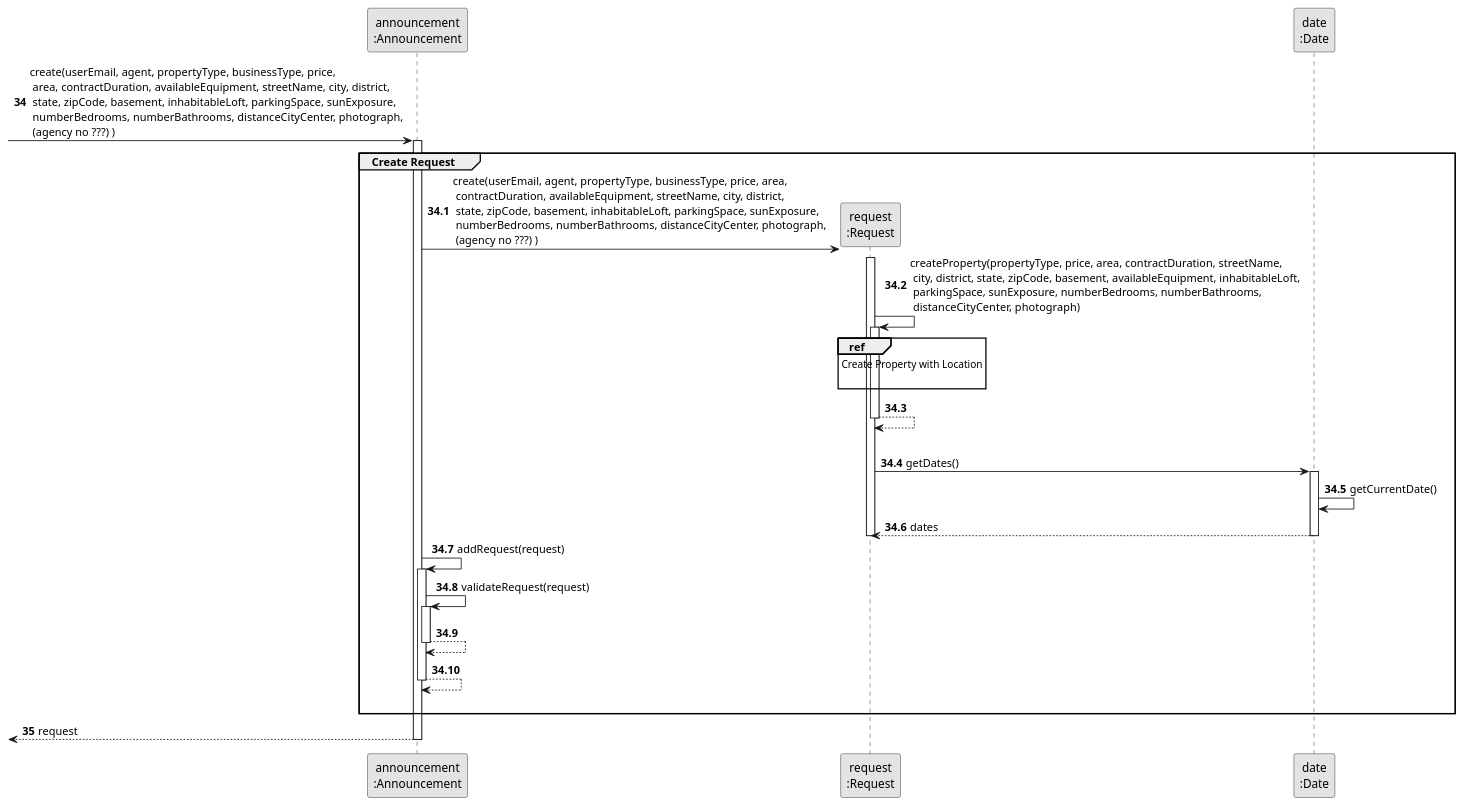
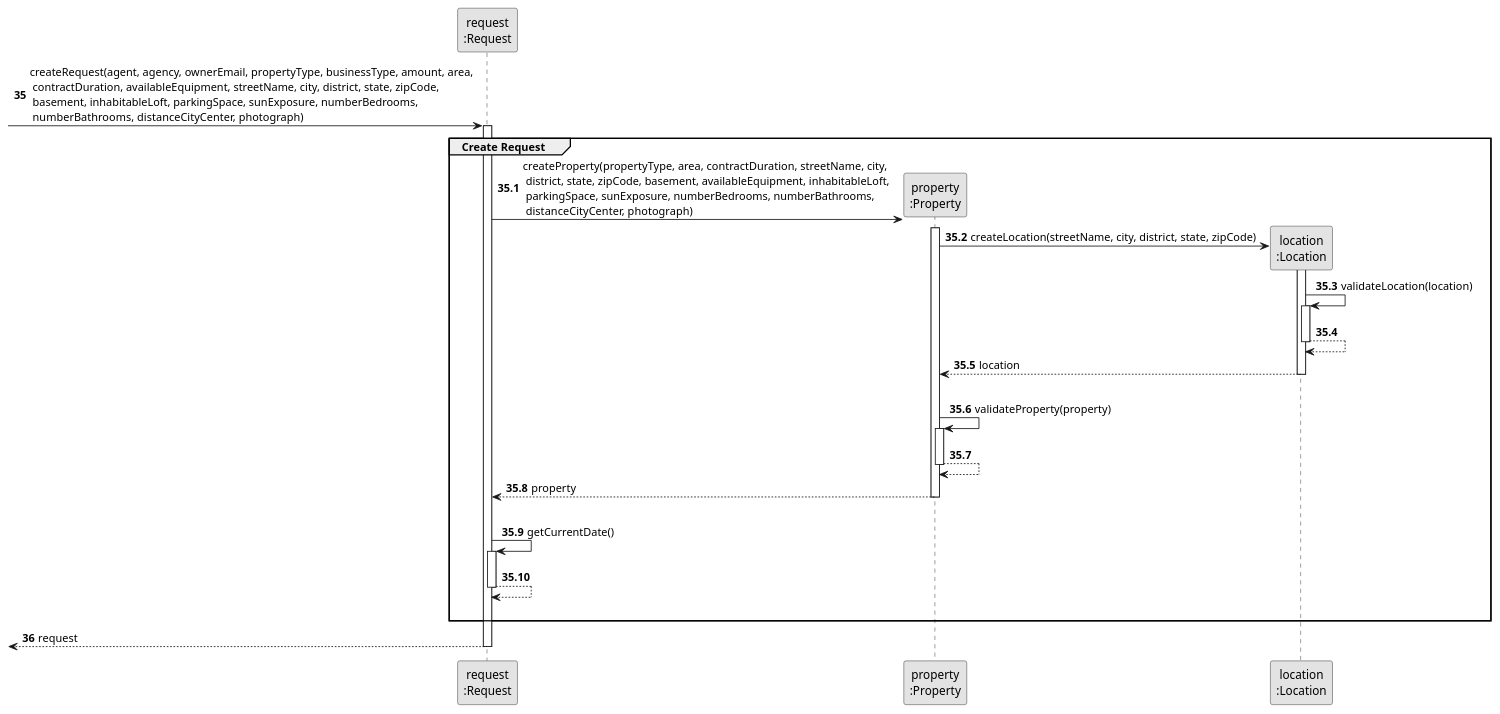
One commit to rita-barbosa/LAPR2-2223 changed the diagram in docs/sprintB/us004/03.design/puml/us004-sequence-diagram-partial-create-request.puml. Above: the diagram before and after it, drawn with PlantUML. The commit also changed 8 other files, not shown here.

```diff
--- a/docs/sprintB/us004/03.design/puml/us004-sequence-diagram-partial-create-request.puml
+++ b/docs/sprintB/us004/03.design/puml/us004-sequence-diagram-partial-create-request.puml
@@ -1,62 +1,67 @@
 @startuml
 
 skinparam monochrome true
 skinparam packageStyle rectangle
 skinparam shadowing false
 
-participant "announcement\n:Announcement" as ANNOUNCE
 participant "request\n:Request" as REQUEST
-participant "date\n:Date" as DATE
-
-autonumber 34
-
--> ANNOUNCE : create(userEmail, agent, propertyType, businessType, price,\n area, contractDuration, availableEquipment, streetName, city, district,\n state, zipCode, basement, inhabitableLoft, parkingSpace, sunExposure,\n numberBedrooms, numberBathrooms, distanceCityCenter, photograph,\n (agency no ???) )
-activate ANNOUNCE
-
-        group Create Request
-            autonumber 34.1
-
-            ANNOUNCE -> REQUEST**: create(userEmail, agent, propertyType, businessType, price, area,\n contractDuration, availableEquipment, streetName, city, district,\n state, zipCode, basement, inhabitableLoft, parkingSpace, sunExposure,\n numberBedrooms, numberBathrooms, distanceCityCenter, photograph,\n (agency no ???) )
-            activate REQUEST
-
-            REQUEST -> REQUEST : createProperty(propertyType, price, area, contractDuration, streetName,\n city, district, state, zipCode, basement, availableEquipment, inhabitableLoft,\n parkingSpace, sunExposure, numberBedrooms, numberBathrooms,\n distanceCityCenter, photograph)
-            activate REQUEST
-
-                ref over REQUEST
-                    Create Property with Location
-
-                end ref
-
-            REQUEST --> REQUEST
-
-            deactivate REQUEST
-
-            |||
-           REQUEST -> DATE : getDates()
-           activate DATE
-
-           DATE -> DATE : getCurrentDate()
-
-           DATE --> REQUEST : dates
-           deactivate DATE
-           deactivate REQUEST
-
-           ANNOUNCE -> ANNOUNCE : addRequest(request)
-           activate ANNOUNCE
-
-               ANNOUNCE -> ANNOUNCE : validateRequest(request)
-               activate ANNOUNCE
-
-               ANNOUNCE --> ANNOUNCE
-               deactivate ANNOUNCE
-
-           ANNOUNCE --> ANNOUNCE
-           deactivate ANNOUNCE
-       |||
-       end group
+participant "property\n:Property" as PROPERTY
+participant "location\n:Location" as LOCATION
 
 autonumber 35
 
-<-- ANNOUNCE : request
-deactivate ANNOUNCE
+        -> REQUEST: createRequest(agent, agency, ownerEmail, propertyType, businessType, amount, area,\n contractDuration, availableEquipment, streetName, city, district, state, zipCode,\n basement, inhabitableLoft, parkingSpace, sunExposure, numberBedrooms,\n numberBathrooms, distanceCityCenter, photograph)
+        activate REQUEST
+
+            group Create Request
+
+                autonumber 35.1
+
+                REQUEST -> PROPERTY** : createProperty(propertyType, area, contractDuration, streetName, city,\n district, state, zipCode, basement, availableEquipment, inhabitableLoft,\n parkingSpace, sunExposure, numberBedrooms, numberBathrooms,\n distanceCityCenter, photograph)
+
+                activate PROPERTY
+
+               PROPERTY -> LOCATION** : createLocation(streetName, city, district, state, zipCode)
+
+               activate LOCATION
+
+               LOCATION -> LOCATION : validateLocation(location)
+
+                   activate LOCATION
+
+                   LOCATION --> LOCATION
+
+                   deactivate LOCATION
+
+               LOCATION --> PROPERTY : location
+
+               deactivate LOCATION
+
+               |||
+               PROPERTY -> PROPERTY : validateProperty(property)
+
+                    activate PROPERTY
+
+                    PROPERTY --> PROPERTY
+
+                    deactivate PROPERTY
+
+               PROPERTY --> REQUEST : property
+
+               deactivate PROPERTY
+
+                |||
+               REQUEST -> REQUEST : getCurrentDate()
+               activate REQUEST
+
+               REQUEST --> REQUEST :
+               deactivate REQUEST
+
+            |||
+            end group
+
+        autonumber 36
+
+        <-- REQUEST : request
+        deactivate REQUEST
 @enduml
```
